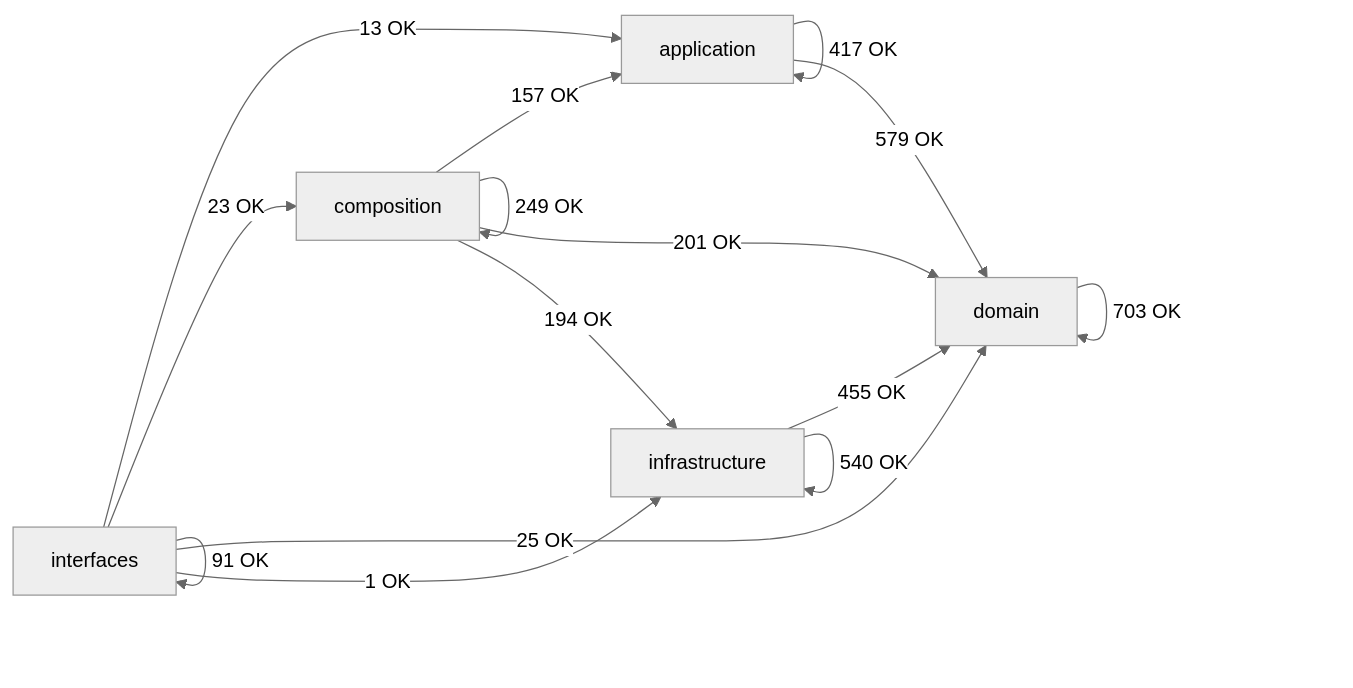
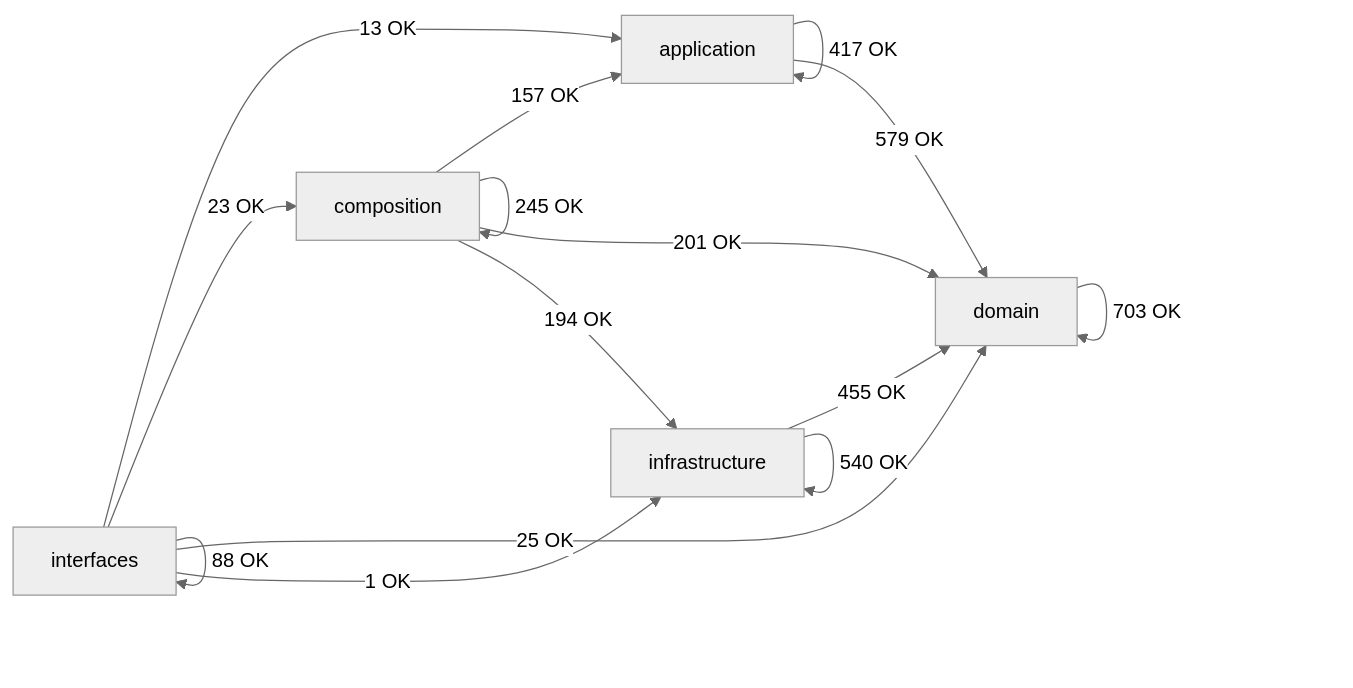
The diagram in docs/02-architecture/generated/module-dependency-map.md (SatoryKono/BioactivityDataAcquisition), drawn with Mermaid (neutral theme) before and after one commit. The commit also changed other lines of this file and 7 other files, not shown here.

````diff
--- a/docs/02-architecture/generated/module-dependency-map.md
+++ b/docs/02-architecture/generated/module-dependency-map.md
@@ -16,22 +16,22 @@
 ```mermaid
 flowchart LR
     domain[domain]
     application[application]
     infrastructure[infrastructure]
     composition[composition]
     interfaces[interfaces]
     application -->|417 OK| application
     application -->|579 OK| domain
     composition -->|157 OK| application
-    composition -->|249 OK| composition
+    composition -->|245 OK| composition
     composition -->|201 OK| domain
     composition -->|194 OK| infrastructure
     domain -->|703 OK| domain
     infrastructure -->|455 OK| domain
     infrastructure -->|540 OK| infrastructure
     interfaces -->|13 OK| application
     interfaces -->|23 OK| composition
     interfaces -->|25 OK| domain
     interfaces -->|1 OK| infrastructure
-    interfaces -->|91 OK| interfaces
+    interfaces -->|88 OK| interfaces
 ```
````
